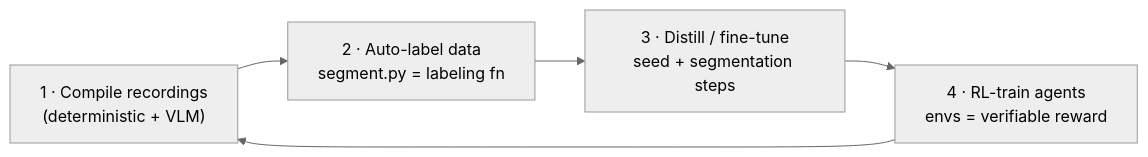
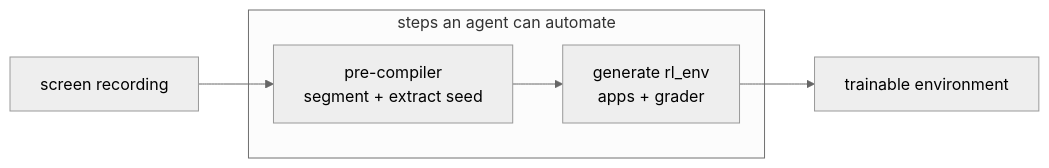
The second of 2 diagrams in README.md (marc-saouda/screen2gym), drawn with Mermaid (neutral theme) before and after one commit. The commit also changed other lines of this file and 1 other file, not shown here.

First line of the commit message:
Reframe scalability around agent-automatable authoring steps

````diff
--- a/README.md
+++ b/README.md
@@ -158,7 +162,8 @@
 ```mermaid
 flowchart LR
-  A["1 · Compile recordings<br/>(deterministic + VLM)"] --> B["2 · Auto-label data<br/>segment.py = labeling fn"]
-  B --> C["3 · Distill / fine-tune<br/>seed + segmentation steps"]
-  C --> D["4 · RL-train agents<br/>envs = verifiable reward"]
-  D --> A
+  rec["screen recording"] --> pre
+  subgraph agent ["steps an agent can automate"]
+    pre["pre-compiler<br/>segment + extract seed"] --> gen["generate rl_env<br/>apps + grader"]
+  end
+  gen --> env["trainable environment"]
 ```
````
